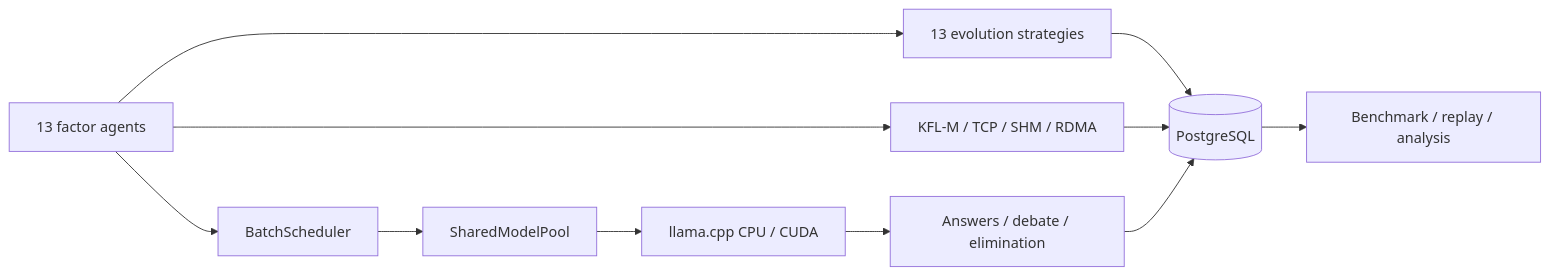
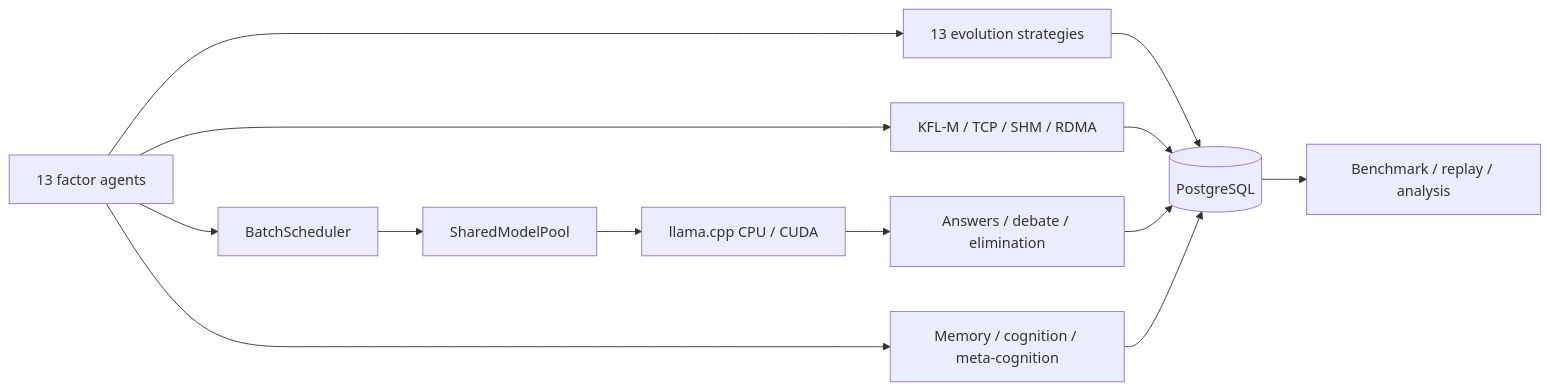
The diagram in README.md (TanLB3396059837/civilization-spark), drawn with Mermaid before and after one commit. The commit also changed other lines of this file and 26 other files, not shown here.

Commit message:
feat: add self-training memory and meta-cognition regions

````diff
--- a/README.md
+++ b/README.md
@@ -57,13 +59,15 @@
 ```mermaid
 flowchart LR
     A[13 factor agents] --> B[BatchScheduler]
     B --> C[SharedModelPool]
     C --> D[llama.cpp CPU / CUDA]
     A --> E[13 evolution strategies]
     A --> F[KFL-M / TCP / SHM / RDMA]
     E --> G[(PostgreSQL)]
     F --> G
     D --> H[Answers / debate / elimination]
     H --> G
+    A --> M[Memory / cognition / meta-cognition]
+    M --> G
     G --> I[Benchmark / replay / analysis]
 ```
````
